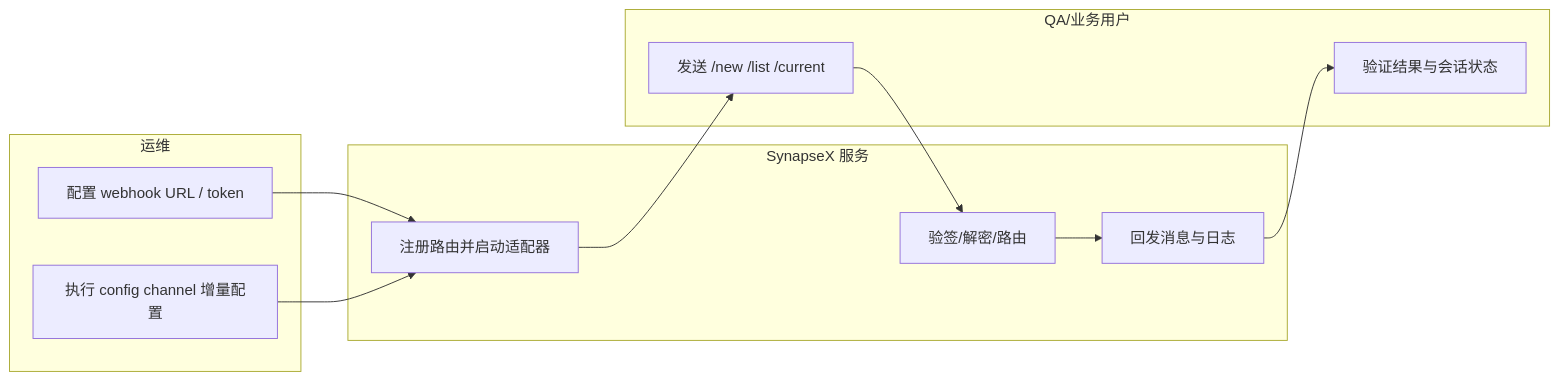
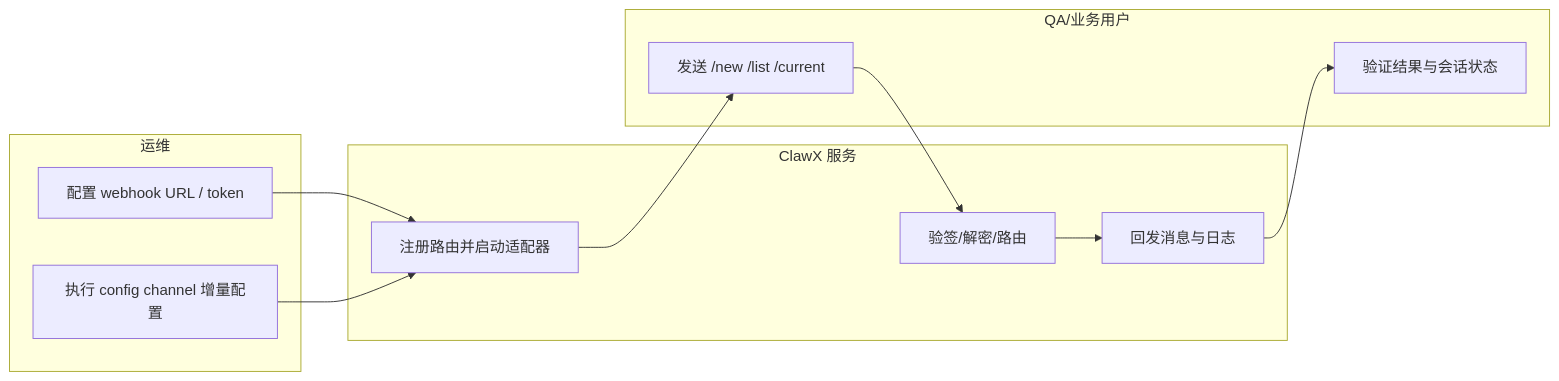
One commit to ArtisanCloud/ClawX changed the third of 3 diagrams in docs/guides/features/004-channels/guide.md. Above: the diagram before and after it, drawn with Mermaid. The commit also changed other lines of this file and 158 other files, not shown here.

````diff
--- a/docs/guides/features/004-channels/guide.md
+++ b/docs/guides/features/004-channels/guide.md
@@ -68,21 +68,21 @@
 ```mermaid
 flowchart LR
   subgraph L1["运维"]
     O1["配置 webhook URL / token"]
     O2["执行 config channel 增量配置"]
   end
 
-  subgraph L2["SynapseX 服务"]
+  subgraph L2["ClawX 服务"]
     S1["注册路由并启动适配器"]
     S2["验签/解密/路由"]
     S3["回发消息与日志"]
   end
 
   subgraph L3["QA/业务用户"]
     Q1["发送 /new /list /current"]
     Q2["验证结果与会话状态"]
   end
 
   O1 --> S1 --> Q1 --> S2 --> S3 --> Q2
   O2 --> S1
 ```
````
